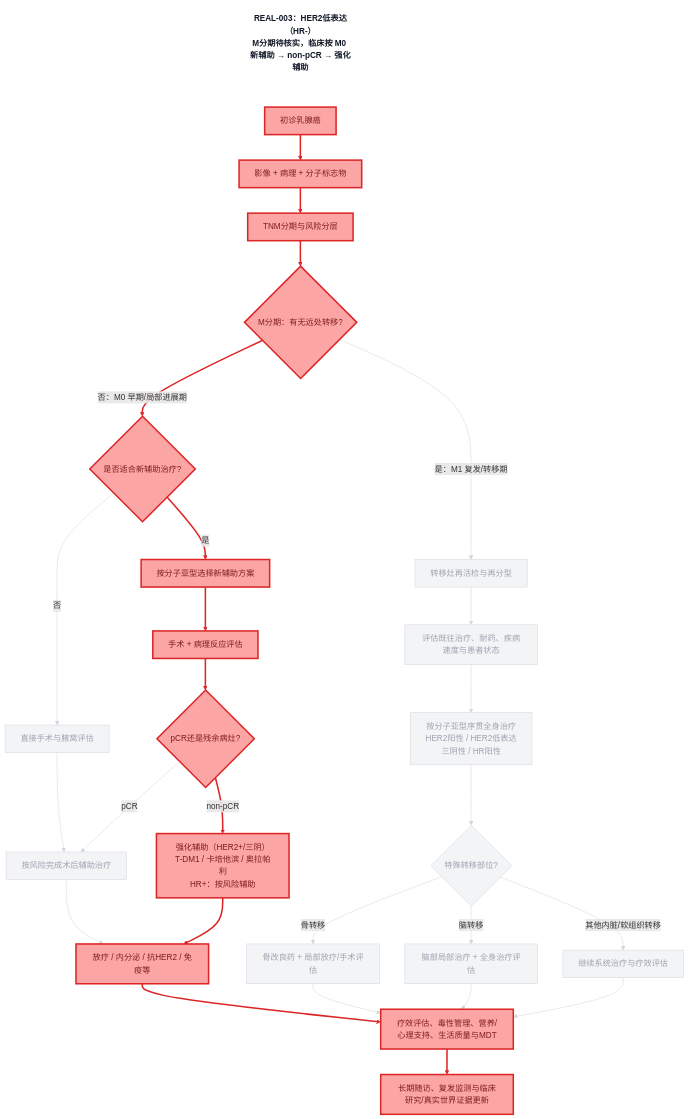
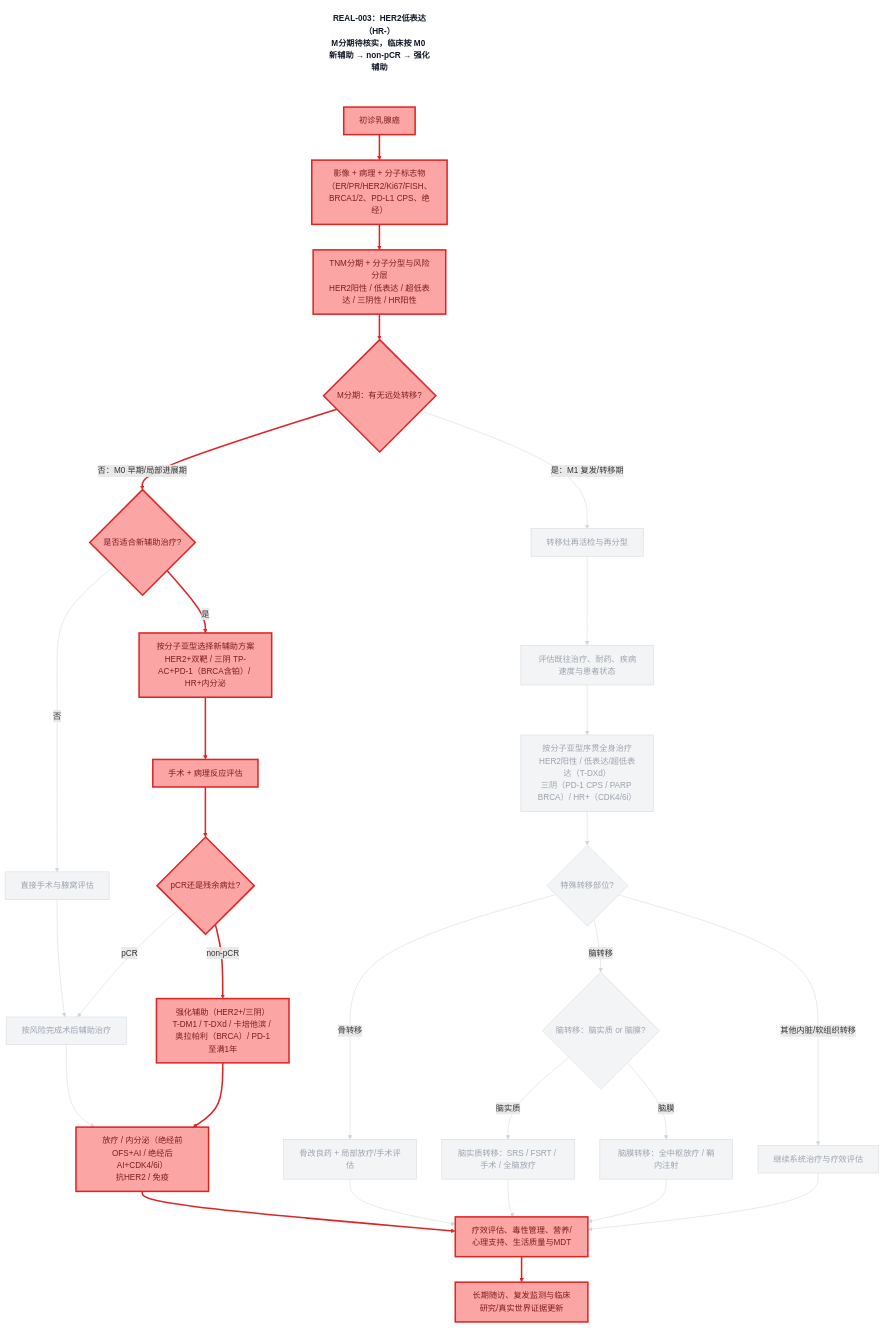
One commit to dongjb741280/breast-cancer changed the diagram in diagrams/decision-chain-REAL-003.mmd. Above: the diagram before and after it, drawn with Mermaid. The commit also changed 24 other files, not shown here.

```diff
--- a/diagrams/decision-chain-REAL-003.mmd
+++ b/diagrams/decision-chain-REAL-003.mmd
@@ -1,99 +1,109 @@
 graph TD
     TITLE["REAL-003：HER2低表达（HR-）<br/>M分期待核实，临床按 M0 新辅助 → non-pCR → 强化辅助"]
     A[初诊乳腺癌]
-    B[影像 + 病理 + 分子标志物]
-    C[TNM分期与风险分层]
+    B[影像 + 病理 + 分子标志物<br/>（ER/PR/HER2/Ki67/FISH、BRCA1/2、PD-L1 CPS、绝经）]
+    C[TNM分期 + 分子分型与风险分层<br/>HER2阳性 / 低表达 / 超低表达 / 三阴性 / HR阳性]
     D{M分期：有无远处转移?}
     E{是否适合新辅助治疗?}
-    F[按分子亚型选择新辅助方案]
+    F[按分子亚型选择新辅助方案<br/>HER2+双靶 / 三阴 TP-AC+PD-1（BRCA含铂）/ HR+内分泌]
     G[直接手术与腋窝评估]
     H[手术 + 病理反应评估]
     I{pCR还是残余病灶?}
     J[按风险完成术后辅助治疗]
-    K[强化辅助（HER2+/三阴）<br/>T-DM1 / 卡培他滨 / 奥拉帕利<br/>HR+：按风险辅助]
-    L[放疗 / 内分泌 / 抗HER2 / 免疫等]
+    K[强化辅助（HER2+/三阴）<br/>T-DM1 / T-DXd / 卡培他滨 / 奥拉帕利（BRCA）/ PD-1至满1年]
+    L[放疗 / 内分泌（绝经前OFS+AI / 绝经后AI+CDK4/6i）<br/>抗HER2 / 免疫]
     M[转移灶再活检与再分型]
     N[评估既往治疗、耐药、疾病速度与患者状态]
-    O[按分子亚型序贯全身治疗<br/>HER2阳性 / HER2低表达<br/>三阴性 / HR阳性]
+    O[按分子亚型序贯全身治疗<br/>HER2阳性 / 低表达/超低表达（T-DXd）<br/>三阴（PD-1 CPS / PARP BRCA）/ HR+（CDK4/6i）]
     P{特殊转移部位?}
     Q[骨改良药 + 局部放疗/手术评估]
-    R[脑部局部治疗 + 全身治疗评估]
+    R{脑转移：脑实质 or 脑膜?}
+    R1[脑实质转移：SRS / FSRT / 手术 / 全脑放疗]
+    R2[脑膜转移：全中枢放疗 / 鞘内注射]
     S[继续系统治疗与疗效评估]
     T[疗效评估、毒性管理、营养/心理支持、生活质量与MDT]
     U[长期随访、复发监测与临床研究/真实世界证据更新]
     A --> B
     B --> C
     C --> D
     D -->|否：M0 早期/局部进展期| E
     E -->|是| F
     E -->|否| G
     F --> H
     G --> J
     H --> I
     I -->|pCR| J
     I -->|non-pCR| K
     J --> L
     K --> L
     D -->|是：M1 复发/转移期| M
     M --> N
     N --> O
     O --> P
     P -->|骨转移| Q
     P -->|脑转移| R
     P -->|其他内脏/软组织转移| S
+    R -->|脑实质| R1
+    R -->|脑膜| R2
     L --> T
     Q --> T
-    R --> T
+    R1 --> T
+    R2 --> T
     S --> T
     T --> U
     TITLE ~~~ A
     classDef path fill:#fca5a5,stroke:#dc2626,color:#7f1d1d,stroke-width:3px;
     classDef dim fill:#f3f4f6,stroke:#d1d5db,color:#9ca3af,stroke-width:1px;
     classDef caption fill:#fff,stroke:none,color:#111827,font-weight:bold;
     class TITLE caption;
     class A path;
     class B path;
     class C path;
     class D path;
     class E path;
     class F path;
     class G dim;
     class H path;
     class I path;
     class J dim;
     class K path;
     class L path;
     class M dim;
     class N dim;
     class O dim;
     class P dim;
     class Q dim;
     class R dim;
+    class R1 dim;
+    class R2 dim;
     class S dim;
     class T path;
     class U path;
     linkStyle 0 stroke:#dc2626,stroke-width:3px;
     linkStyle 1 stroke:#dc2626,stroke-width:3px;
     linkStyle 2 stroke:#dc2626,stroke-width:3px;
     linkStyle 3 stroke:#dc2626,stroke-width:3px;
     linkStyle 4 stroke:#dc2626,stroke-width:3px;
     linkStyle 5 stroke:#d1d5db,stroke-width:1px;
     linkStyle 6 stroke:#dc2626,stroke-width:3px;
     linkStyle 7 stroke:#d1d5db,stroke-width:1px;
     linkStyle 8 stroke:#dc2626,stroke-width:3px;
     linkStyle 9 stroke:#d1d5db,stroke-width:1px;
     linkStyle 10 stroke:#dc2626,stroke-width:3px;
     linkStyle 11 stroke:#d1d5db,stroke-width:1px;
     linkStyle 12 stroke:#dc2626,stroke-width:3px;
     linkStyle 13 stroke:#d1d5db,stroke-width:1px;
     linkStyle 14 stroke:#d1d5db,stroke-width:1px;
     linkStyle 15 stroke:#d1d5db,stroke-width:1px;
     linkStyle 16 stroke:#d1d5db,stroke-width:1px;
     linkStyle 17 stroke:#d1d5db,stroke-width:1px;
     linkStyle 18 stroke:#d1d5db,stroke-width:1px;
     linkStyle 19 stroke:#d1d5db,stroke-width:1px;
-    linkStyle 20 stroke:#dc2626,stroke-width:3px;
+    linkStyle 20 stroke:#d1d5db,stroke-width:1px;
     linkStyle 21 stroke:#d1d5db,stroke-width:1px;
-    linkStyle 22 stroke:#d1d5db,stroke-width:1px;
+    linkStyle 22 stroke:#dc2626,stroke-width:3px;
     linkStyle 23 stroke:#d1d5db,stroke-width:1px;
-    linkStyle 24 stroke:#dc2626,stroke-width:3px;
+    linkStyle 24 stroke:#d1d5db,stroke-width:1px;
+    linkStyle 25 stroke:#d1d5db,stroke-width:1px;
+    linkStyle 26 stroke:#d1d5db,stroke-width:1px;
+    linkStyle 27 stroke:#dc2626,stroke-width:3px;
```
